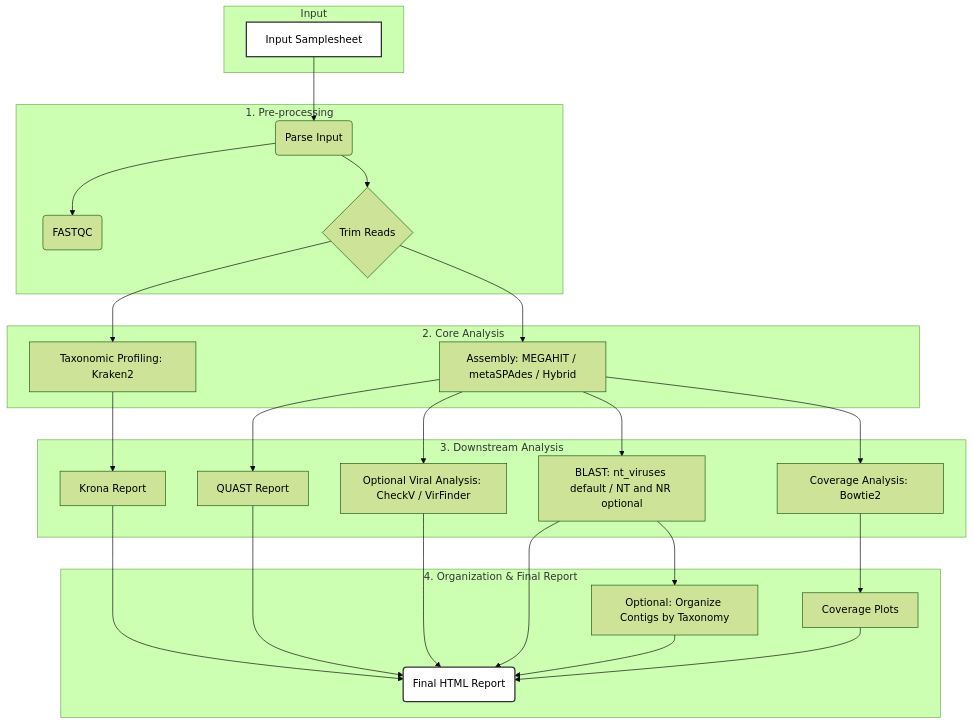
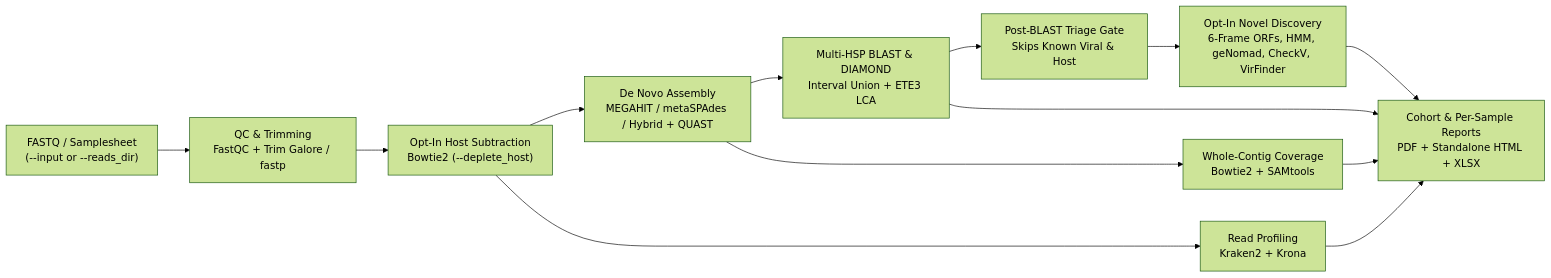
Before and after one commit to navduhan/metanextviro: the diagram in README.md, drawn with Mermaid (forest theme). The commit also changed other lines of this file and 96 other files, not shown here.

````diff
--- a/README.md
+++ b/README.md
@@ -66,34 +25,12 @@
 ```mermaid
-graph TD
-    subgraph "Input"
-        A[Input Samplesheet]
-    end
-
-    subgraph "1. Pre-processing"
-        A --> B(Parse Input);
-        B --> C(FASTQC);
-        B --> D{Trim Reads};
-    end
-
-    subgraph "2. Core Analysis"
-        D --> E[Assembly: MEGAHIT / metaSPAdes / Hybrid];
-        D --> F[Taxonomic Profiling: Kraken2];
-    end
-
-    subgraph "3. Downstream Analysis"
-        F --> G[Krona Report];
-        E --> H[QUAST Report];
-        E --> I[Optional Viral Analysis: CheckV / VirFinder];
-        E --> J[BLAST: nt_viruses default / NT and NR optional];
-        E --> K[Coverage Analysis: Bowtie2];
-    end
-
-    subgraph "4. Organization & Final Report"
-        J --> L[Optional: Organize Contigs by Taxonomy];
-        K --> M[Coverage Plots];
-        G & H & I & J & L & M --> N(Final HTML Report);
-    end
-
-    style A fill:#fff,stroke:#333,stroke-width:2px
-    style N fill:#fff,stroke:#333,stroke-width:2px
+flowchart LR
+    A["FASTQ / Samplesheet<br/>(--input or --reads_dir)"] --> B["QC & Trimming<br/>FastQC + Trim Galore / fastp"]
+    B --> C["Opt-In Host Subtraction<br/>Bowtie2 (--deplete_host)"]
+    C --> D["De Novo Assembly<br/>MEGAHIT / metaSPAdes / Hybrid + QUAST"]
+    C --> E["Read Profiling<br/>Kraken2 + Krona"]
+    D --> F["Multi-HSP BLAST & DIAMOND<br/>Interval Union + ETE3 LCA"]
+    D --> G["Whole-Contig Coverage<br/>Bowtie2 + SAMtools"]
+    F --> H["Post-BLAST Triage Gate<br/>Skips Known Viral & Host"]
+    H --> I["Opt-In Novel Discovery<br/>6-Frame ORFs, HMM, geNomad, CheckV, VirFinder"]
+    E & F & G & I --> J["Cohort & Per-Sample Reports<br/>PDF + Standalone HTML + XLSX"]
 ```
````
